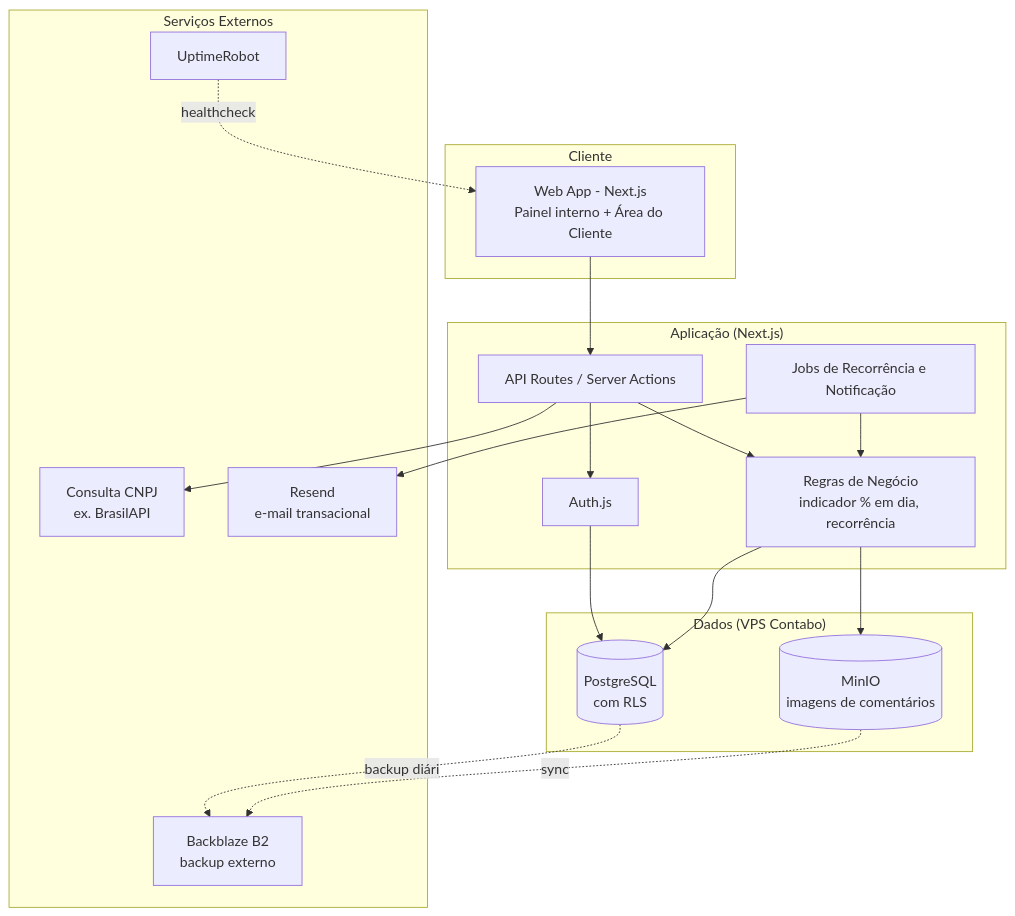
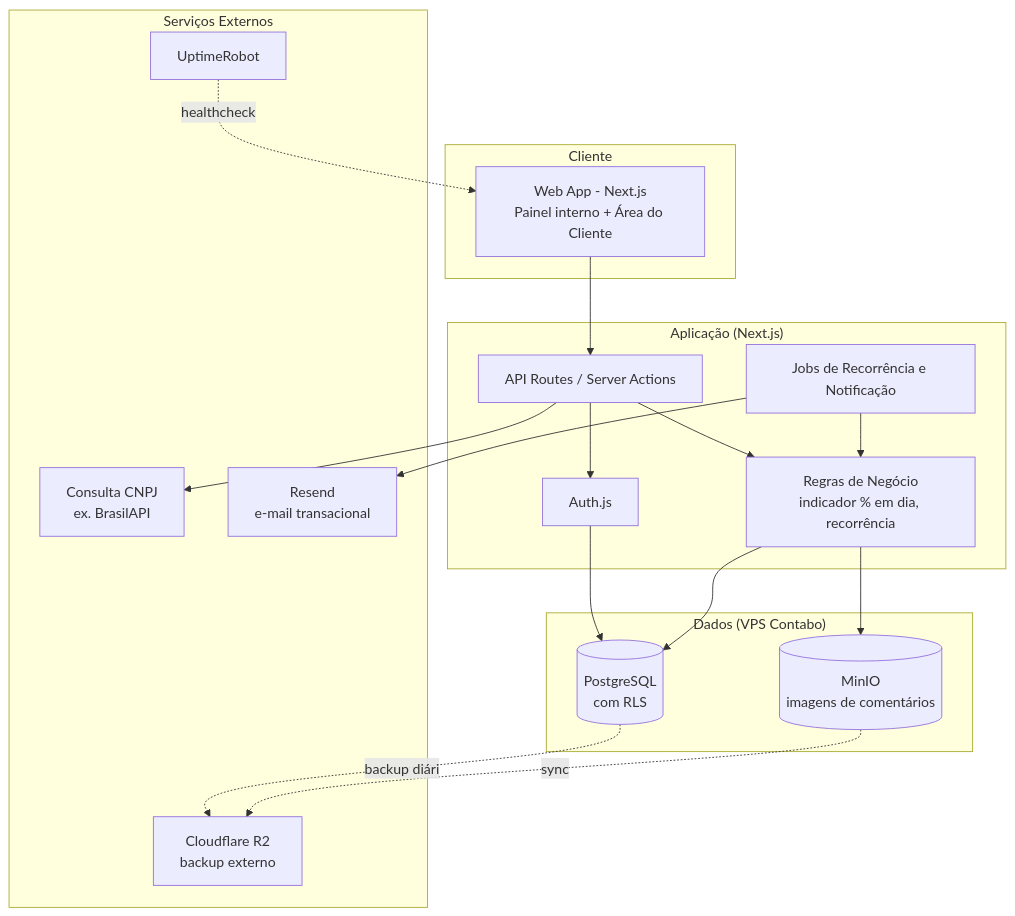
Before and after one commit to andrrc/multiplus-project: the second of 4 diagrams in docs/architecture-multiplus-software.md, drawn with Mermaid. The commit also changed other lines of this file and 21 other files, not shown here.

````diff
--- a/docs/architecture-multiplus-software.md
+++ b/docs/architecture-multiplus-software.md
@@ -167,38 +174,38 @@
 ```mermaid
 graph TD
     subgraph Client["Cliente"]
         WEB[Web App - Next.js<br/>Painel interno + Área do Cliente]
     end
 
     subgraph App["Aplicação (Next.js)"]
         API[API Routes / Server Actions]
         AUTH[Auth.js]
         BL[Regras de Negócio<br/>indicador % em dia, recorrência]
         CRON[Jobs de Recorrência e Notificação]
     end
 
     subgraph Data["Dados (VPS Contabo)"]
         DB[(PostgreSQL<br/>com RLS)]
         MINIO[(MinIO<br/>imagens de comentários)]
     end
 
     subgraph External["Serviços Externos"]
         CNPJAPI[Consulta CNPJ<br/>ex. BrasilAPI]
         EMAIL[Resend<br/>e-mail transacional]
-        B2[Backblaze B2<br/>backup externo]
+        R2[Cloudflare R2<br/>backup externo]
         MONITOR[UptimeRobot]
     end
 
     WEB --> API
     API --> AUTH
     AUTH --> DB
     API --> BL
     BL --> DB
     BL --> MINIO
     API --> CNPJAPI
     CRON --> BL
     CRON --> EMAIL
-    DB -.backup diário.-> B2
-    MINIO -.sync.-> B2
+    DB -.backup diário.-> R2
+    MINIO -.sync.-> R2
     MONITOR -.healthcheck.-> WEB
 ```
````
